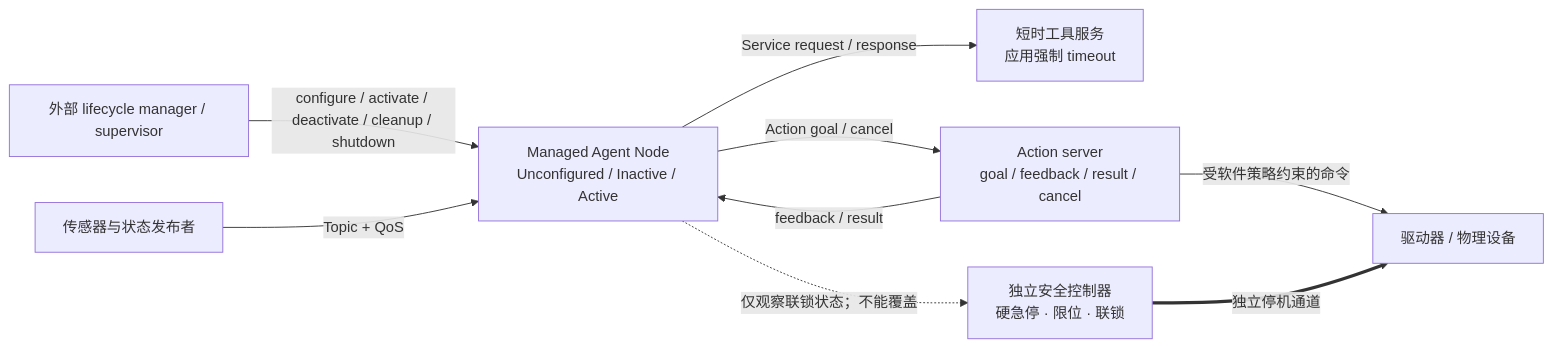
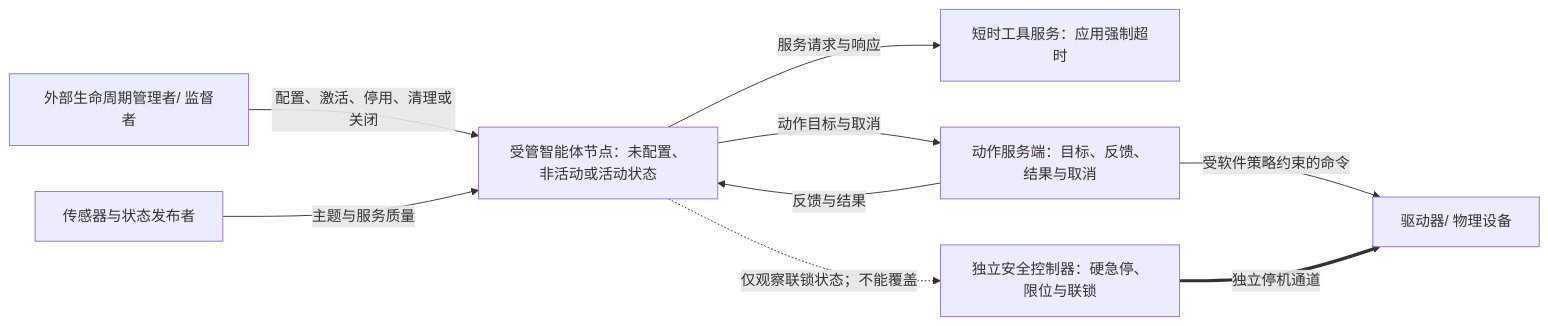
The diagram in content/cases/ros2-dds-agent-lifecycle.mdx (sealday/tego-arch), drawn with Mermaid before and after one commit. The commit also changed other lines of this file and 73 other files, not shown here.

````diff
--- a/content/cases/ros2-dds-agent-lifecycle.mdx
+++ b/content/cases/ros2-dds-agent-lifecycle.mdx
@@ -121,22 +121,22 @@
 ```mermaid
 flowchart LR
-  accTitle: ROS 2 物理智能体的通信、生命周期与独立安全边界
-  accDescr: 外部生命周期管理器配置并激活 Agent；Topic 承载持续数据，Service 承载短请求，Action 承载长任务及协作取消；硬急停和安全控制器可绕过 Agent 直接使驱动器进入安全状态。
+  accTitle: 物理智能体的通信、生命周期与独立安全边界
+  accDescr: 外部生命周期管理器配置并激活智能体；主题承载持续数据，服务承载短请求，动作承载长任务及协作取消；硬急停和安全控制器可绕过智能体直接使驱动器进入安全状态。
 
-  Supervisor["外部 lifecycle manager / supervisor"]
-  Agent["Managed Agent Node\nUnconfigured / Inactive / Active"]
+  Supervisor["外部生命周期管理者/ 监督者"]
+  Agent["受管智能体节点：未配置、非活动或活动状态"]
   Perception["传感器与状态发布者"]
-  Tools["短时工具服务\n应用强制 timeout"]
-  TaskServer["Action server\ngoal / feedback / result / cancel"]
-  Safety["独立安全控制器\n硬急停 · 限位 · 联锁"]
-  Driver["驱动器 / 物理设备"]
+  Tools["短时工具服务：应用强制超时"]
+  TaskServer["动作服务端：目标、反馈、结果与取消"]
+  Safety["独立安全控制器：硬急停、限位与联锁"]
+  Driver["驱动器/ 物理设备"]
 
-  Supervisor -->|"configure / activate / deactivate / cleanup / shutdown"| Agent
-  Perception -->|"Topic + QoS"| Agent
-  Agent -->|"Service request / response"| Tools
-  Agent -->|"Action goal / cancel"| TaskServer
-  TaskServer -->|"feedback / result"| Agent
+  Supervisor -->|"配置、激活、停用、清理或关闭"| Agent
+  Perception -->|"主题与服务质量"| Agent
+  Agent -->|"服务请求与响应"| Tools
+  Agent -->|"动作目标与取消"| TaskServer
+  TaskServer -->|"反馈与结果"| Agent
   TaskServer -->|"受软件策略约束的命令"| Driver
   Safety ==>|"独立停机通道"| Driver
   Agent -.->|"仅观察联锁状态；不能覆盖"| Safety
 ```
````
